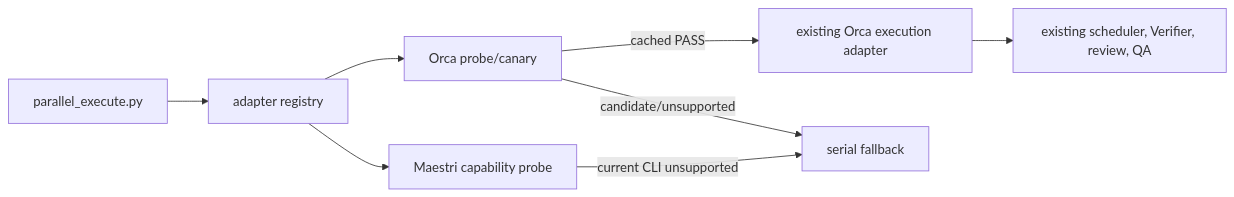
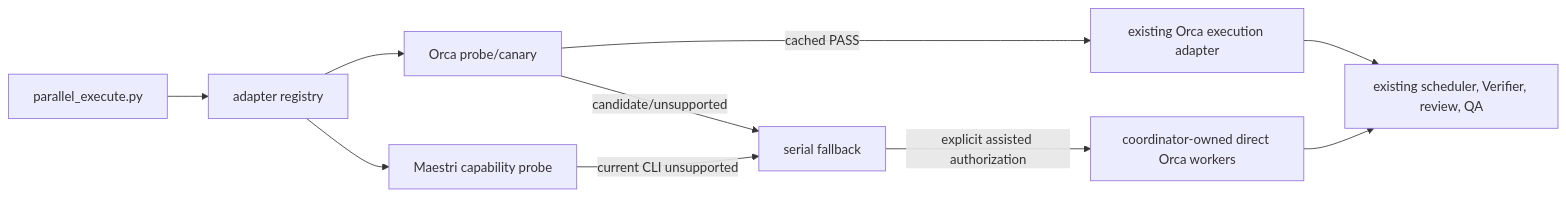
Before and after one commit to antoniofulg/my-workflow: the diagram in .specs/features/host-agnostic-slice-parallelization/design.md, drawn with Mermaid. The commit also changed other lines of this file and 8 other files, not shown here.

Commit message:
docs(spec): add assisted Orca execution

````diff
--- a/.specs/features/host-agnostic-slice-parallelization/design.md
+++ b/.specs/features/host-agnostic-slice-parallelization/design.md
@@ -13,10 +14,12 @@
 ```mermaid
 flowchart LR
     C[parallel_execute.py] --> R[adapter registry]
     R --> O[Orca probe/canary]
     R --> M[Maestri capability probe]
     O -->|cached PASS| E[existing Orca execution adapter]
     O -->|candidate/unsupported| S[serial fallback]
+    S -->|explicit assisted authorization| A[coordinator-owned direct Orca workers]
     M -->|current CLI unsupported| S
     E --> P[existing scheduler, Verifier, review, QA]
+    A --> P
 ```
````
